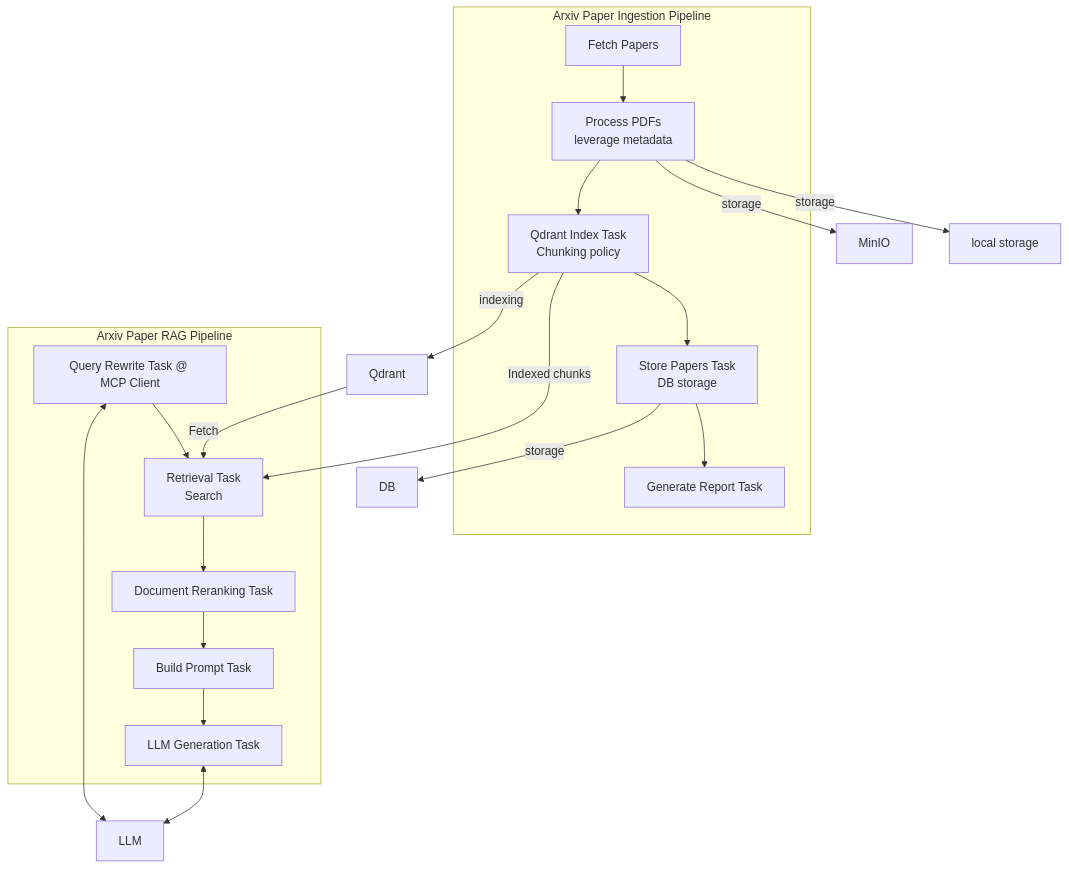
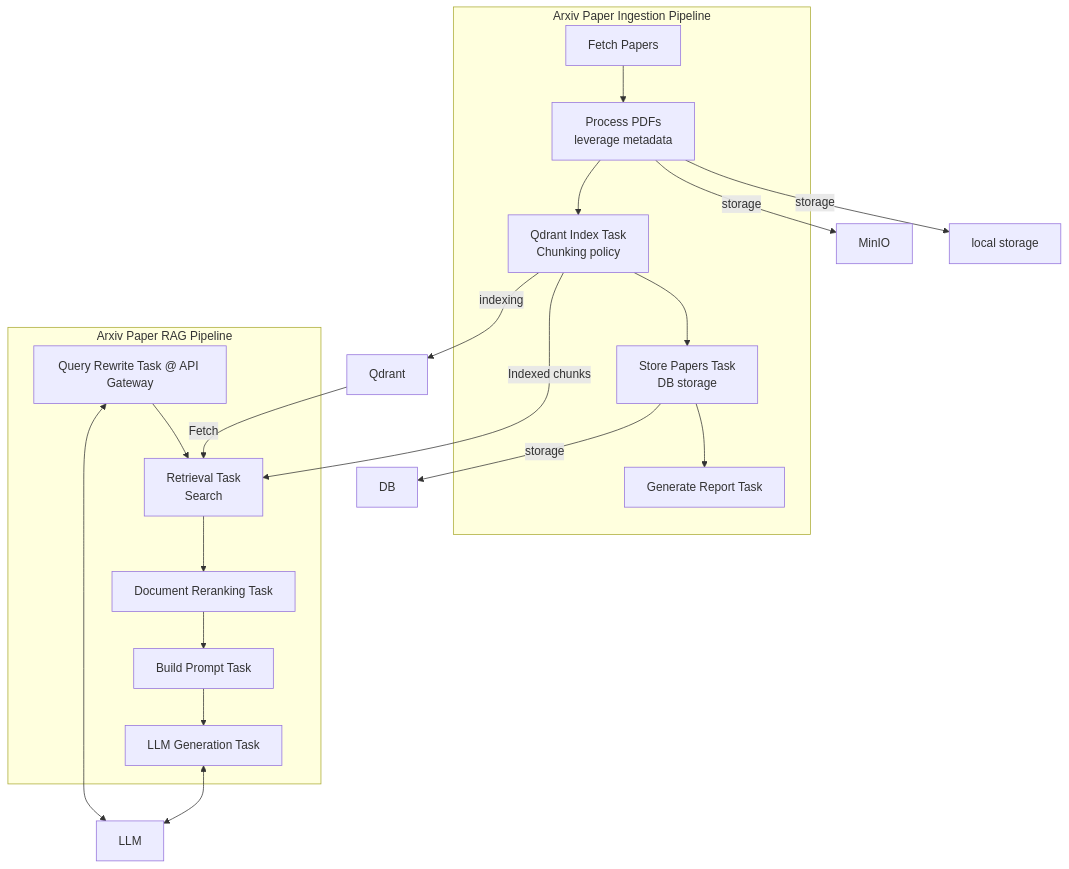
The diagram in arxiv/readme.md (a920604a/llm-assistant), drawn with Mermaid before and after one commit. The commit also changed 20 other files, not shown here.

````diff
--- a/arxiv/readme.md
+++ b/arxiv/readme.md
@@ -92,43 +92,43 @@
 ```mermaid
 flowchart TD
     %% === Ingestion Pipeline ===
     subgraph Ingest_Arxiv["Arxiv Paper Ingestion Pipeline"]
         A1[Fetch Papers]
         A2[Process PDFs <br> leverage metadata ]
         A3[Qdrant Index Task<br> Chunking policy]
         A4[Store Papers Task<br> DB storage]
         A5[Generate Report Task]
 
         A1 --> A2
         A2 --> A3
         A3 --> A4
         A4 --> A5
     end
 
     %% === RAG Search Pipeline ===
     subgraph RAG_Pipeline["Arxiv Paper RAG Pipeline"]
-        B1[ Query Rewrite Task @ MCP Client ]
+        B1[ Query Rewrite Task @ API Gateway ]
         B2[Retrieval Task<br> Search]
         B3[Document Reranking Task]
         B4[Build Prompt Task]
         B5[LLM Generation Task]
 
         B1 --> B2
         B2 --> B3
         B3 --> B4
         B4 --> B5
     end
 
     %% === Optional Connection ===
     A3 -->|Indexed chunks| B2
 
 A2 --> |storage| MinIO
 A2 --> |storage| Local["local storage"]
 A3 --> |indexing| Qdrant
 A4 --> |storage| DB
 
 Qdrant --> |Fetch| B2
 B1 <--> LLM
 B5 <--> LLM
 
 ```
````
